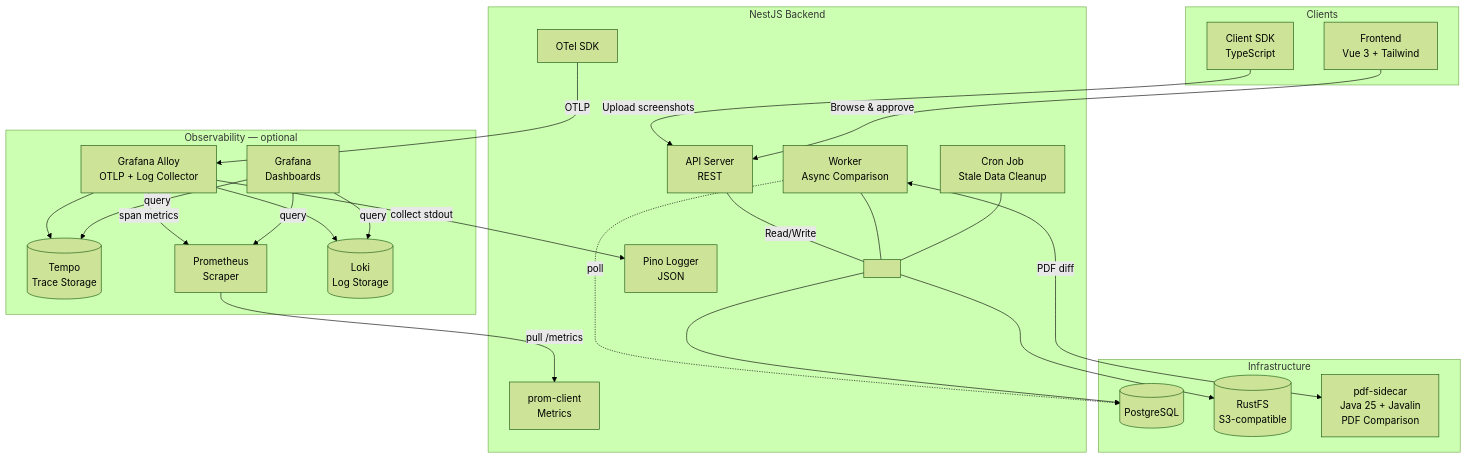
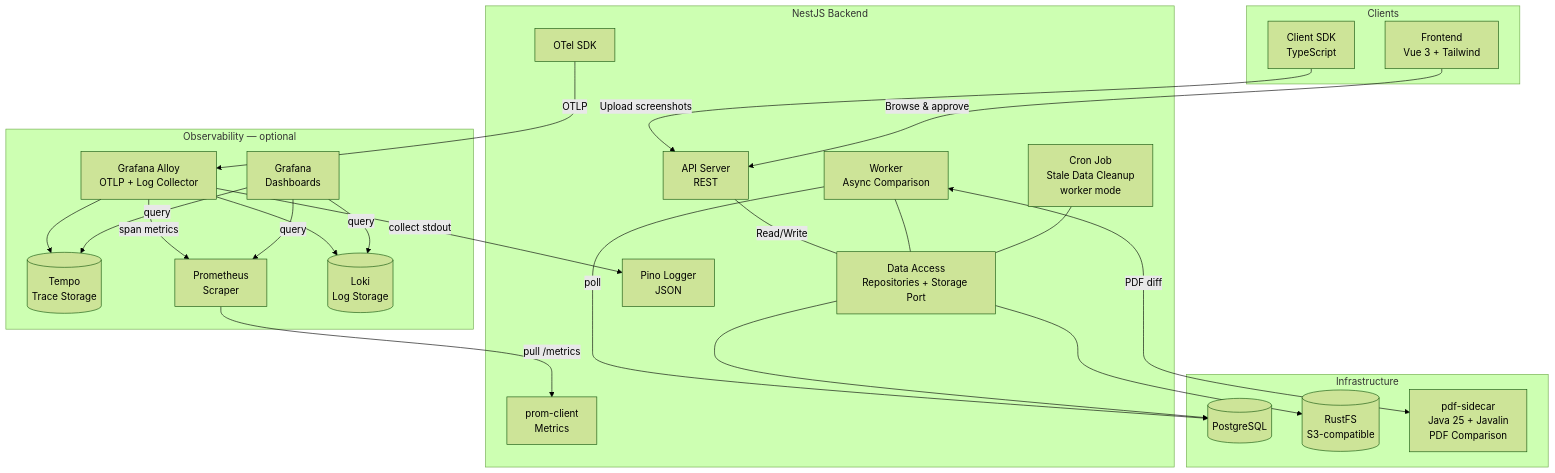
Before and after one commit to Fishkob/visual-regression: the first of 4 diagrams in docs/architecture/overview.md, drawn with Mermaid (forest theme). The commit also changed other lines of this file, not shown here.

First line of the commit message:
docs(architecture): align the overview with the code it describes

````diff
--- a/docs/architecture/overview.md
+++ b/docs/architecture/overview.md
@@ -5,57 +5,57 @@
 ```mermaid
 flowchart TB
     subgraph Clients
         SDK[Client SDK<br/>TypeScript]
         FE[Frontend<br/>Vue 3 + Tailwind]
     end
 
     subgraph Backend[NestJS Backend]
         API[API Server<br/>REST]
         WORK[Worker<br/>Async Comparison]
-        CRON[Cron Job<br/>Stale Data Cleanup]
+        CRON[Cron Job<br/>Stale Data Cleanup<br/>worker mode]
 
-        BUS[ ]
-        API ---|Read/Write| BUS
-        WORK --- BUS
-        CRON --- BUS
+        DATA[Data Access<br/>Repositories + Storage Port]
+        API ---|Read/Write| DATA
+        WORK --- DATA
+        CRON --- DATA
 
         OTel[OTel SDK]
         Prom[prom-client<br/>Metrics]
         Pino[Pino Logger<br/>JSON]
     end
 
     subgraph Infrastructure
         DB[(PostgreSQL)]
         S3[(RustFS<br/>S3-compatible)]
         PS[pdf-sidecar<br/>Java 25 + Javalin<br/>PDF Comparison]
     end
 
     subgraph Observability[Observability — optional]
         Alloy[Grafana Alloy<br/>OTLP + Log Collector]
         Tempo[(Tempo<br/>Trace Storage)]
         Prometheus[Prometheus<br/>Scraper]
         Loki[(Loki<br/>Log Storage)]
         Grafana[Grafana<br/>Dashboards]
     end
 
     SDK -->|Upload screenshots| API
     FE -->|Browse & approve| API
-    WORK -.->|poll| DB
+    WORK -->|poll| DB
 
-    BUS --> DB
-    BUS --> S3
+    DATA --> DB
+    DATA --> S3
     WORK <-->|PDF diff| PS
 
     OTel -->|OTLP| Alloy
     Alloy --> Tempo
     Alloy -->|span metrics| Prometheus
 
     Prometheus -->|pull /metrics| Prom
 
     Alloy -->|collect stdout| Pino
     Alloy --> Loki
 
     Grafana -->|query| Tempo
     Grafana -->|query| Prometheus
     Grafana -->|query| Loki
 ```
````
